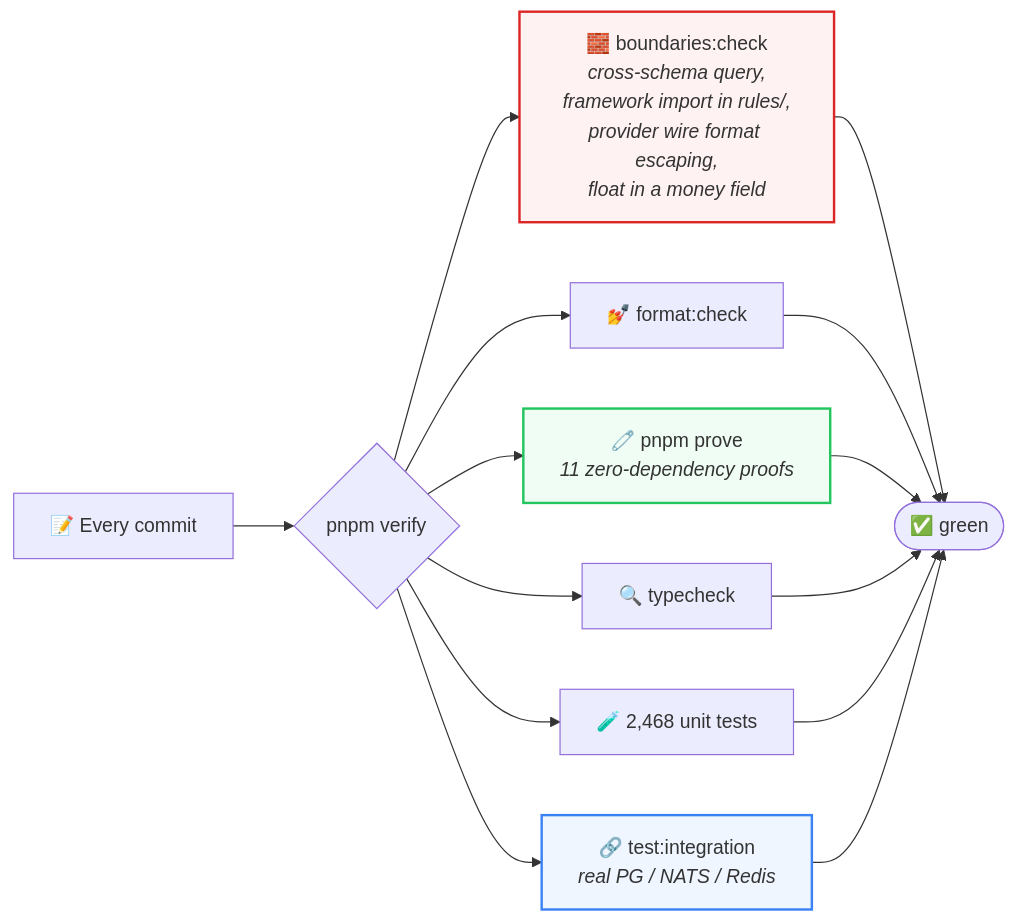
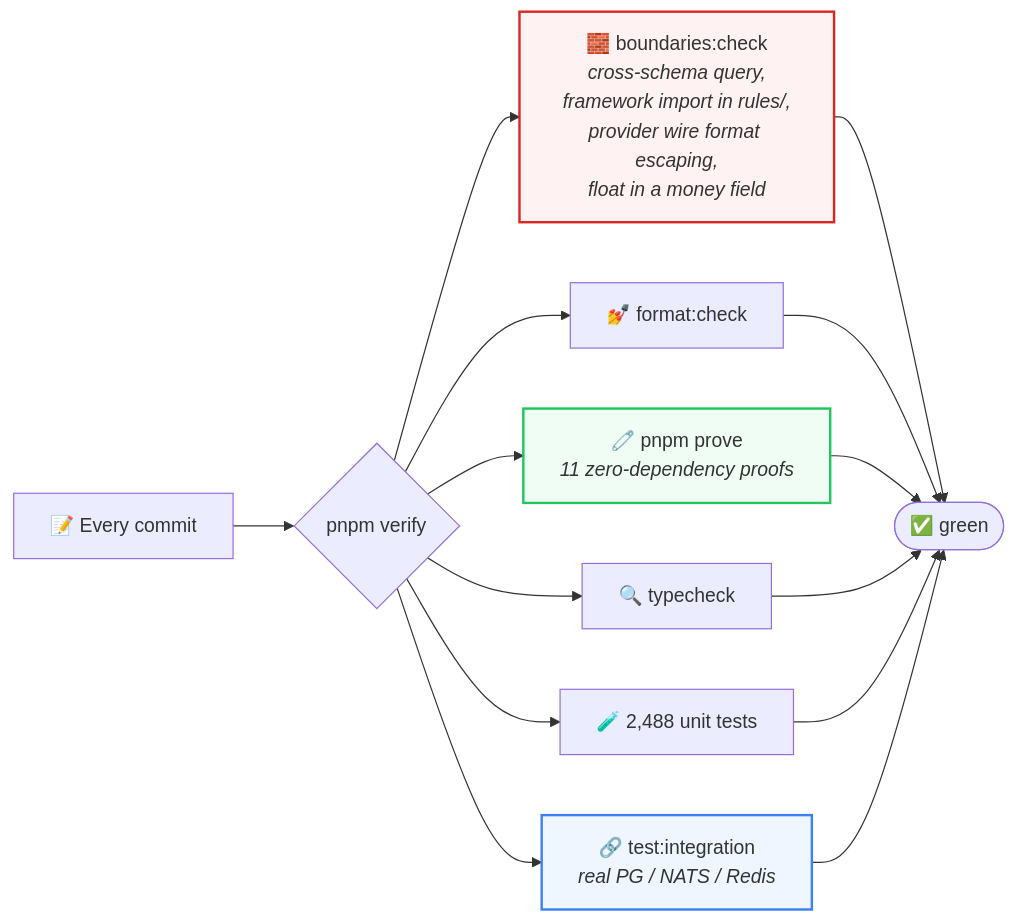
One commit to mahabubone/zipzap changed the sixth of 6 diagrams in README.md. Above: the diagram before and after it, drawn with Mermaid. The commit also changed other lines of this file and 27 other files, not shown here.

````diff
--- a/README.md
+++ b/README.md
@@ -401,17 +401,17 @@
 ```mermaid
 flowchart LR
     C["📝 Every commit"] --> P{"pnpm verify"}
     P --> B["🧱 boundaries:check<br/><i>cross-schema query,<br/>framework import in rules/,<br/>provider wire format escaping,<br/>float in a money field</i>"]
     P --> F["💅 format:check"]
     P --> V["🧷 pnpm prove<br/><i>11 zero-dependency proofs</i>"]
     P --> T["🔍 typecheck"]
-    P --> U["🧪 2,468 unit tests"]
+    P --> U["🧪 2,488 unit tests"]
     P --> I["🔗 test:integration<br/><i>real PG / NATS / Redis</i>"]
 
     B --> G([✅ green])
     F --> G; V --> G; T --> G; U --> G; I --> G
 
     style B fill:#fef2f2,stroke:#dc2626,stroke-width:2px
     style V fill:#f0fdf4,stroke:#22c55e,stroke-width:2px
     style I fill:#eff6ff,stroke:#3b82f6,stroke-width:2px
 ```
````
